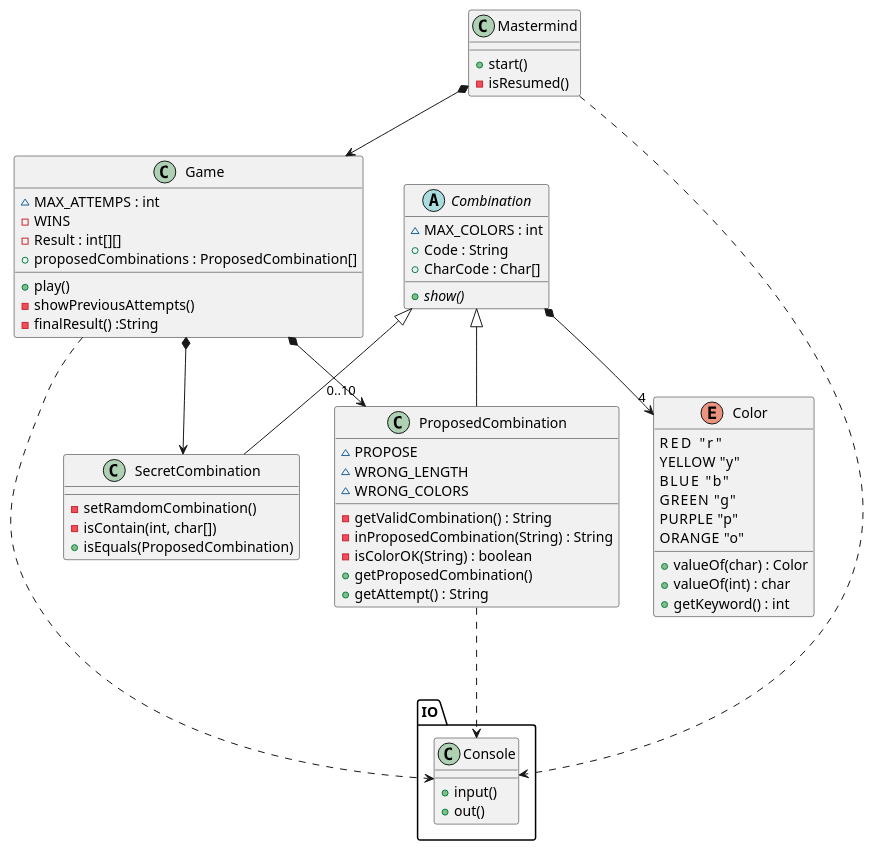
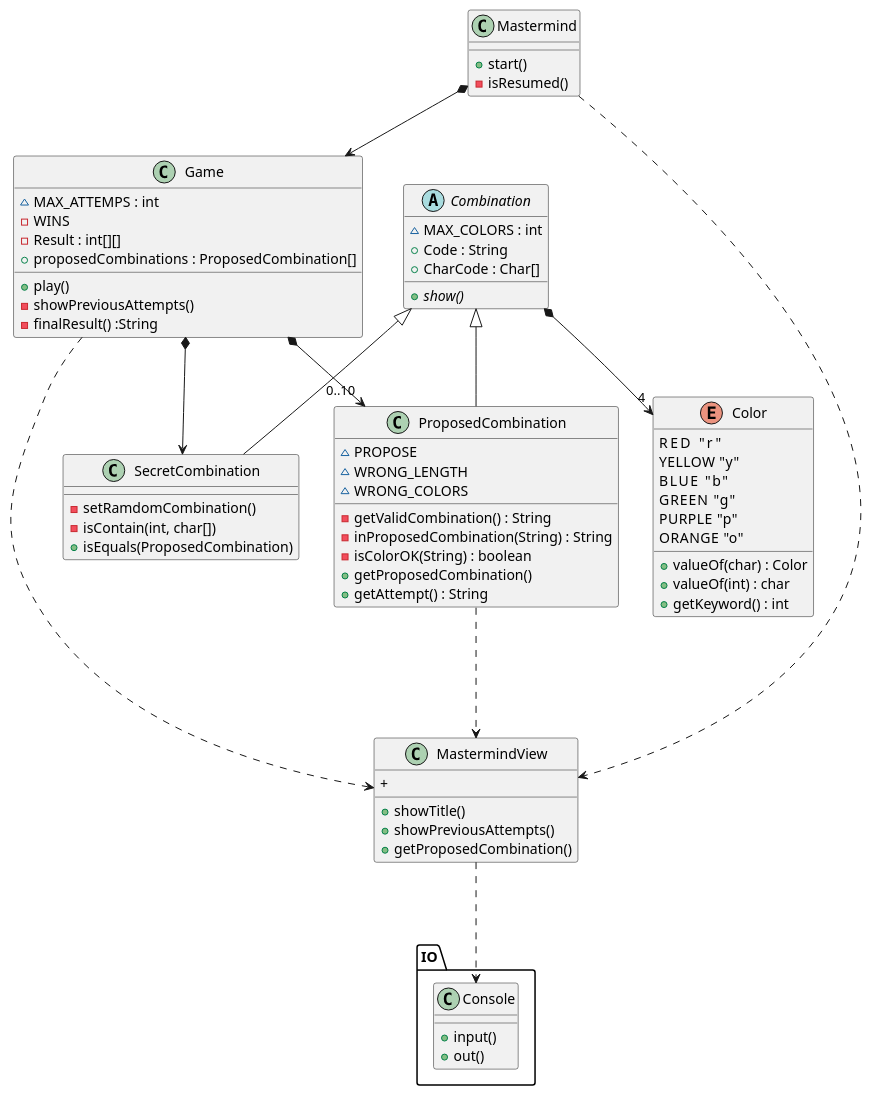
The diagram in Mastermind/Mastermind.wsd (Master-Desarrollo-20-21/ejercicio-1-relaciones-entre-clases-kiarras), drawn with PlantUML before and after one commit. The commit also changed 9 other files, not shown here.

```diff
--- a/Mastermind/Mastermind.wsd
+++ b/Mastermind/Mastermind.wsd
@@ -1,64 +1,71 @@
 @startuml Mastermind
 class Mastermind{
   + start()
   - isResumed()
 }
 Mastermind *--> Game
 class Game{
     ~ MAX_ATTEMPS : int
     - WINS
     - Result : int[][]
     + proposedCombinations : ProposedCombination[]
     + play()
     - showPreviousAttempts()
     - finalResult() :String
 }
 Game *--> SecretCombination
 Game *--> "0..10" ProposedCombination
 
 abstract class Combination{
     ~ MAX_COLORS : int
     + Code : String
     + CharCode : Char[]
     {abstract} + show()
 }
 Combination *--> "4" Color
 enum Color{
     RED     "r"
     YELLOW  "y"
     BLUE    "b"
     GREEN   "g"
     PURPLE  "p"
     ORANGE  "o"
     + valueOf(char) : Color
     + valueOf(int) : char
     + getKeyword() : int
 }
 Combination <|-- SecretCombination
 Combination <|-- ProposedCombination
 Class SecretCombination{
     - setRamdomCombination()
     - isContain(int, char[])
     + isEquals(ProposedCombination)
 }
 Class ProposedCombination{
     ~ PROPOSE
     ~ WRONG_LENGTH
     ~ WRONG_COLORS
     - getValidCombination() : String
     - inProposedCombination(String) : String
     - isColorOK(String) : boolean
     + getProposedCombination()
     + getAttempt() : String
 }
 
 package IO{
     Class Console{
         + input()
         + out()
     }
 }
-Game ...> Console
-Mastermind ...> Console
-ProposedCombination ...> Console
+MastermindView ...> Console
+Game ...> MastermindView
+Mastermind ...> MastermindView
+ProposedCombination ...> MastermindView
+Class MastermindView{
+    + showTitle()
+    + showPreviousAttempts()
+    + getProposedCombination()
+    + 
+}
 @enduml
```
